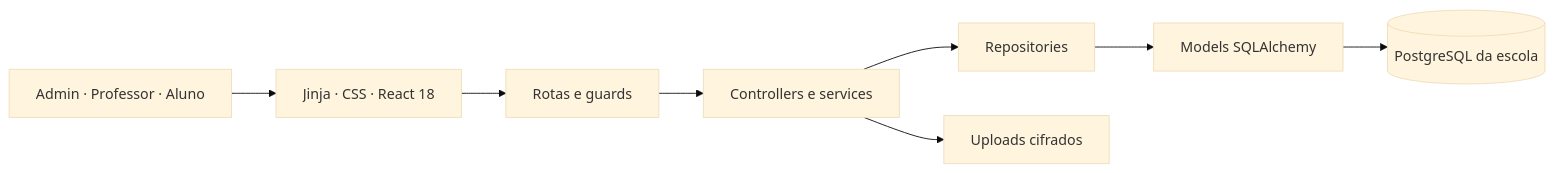
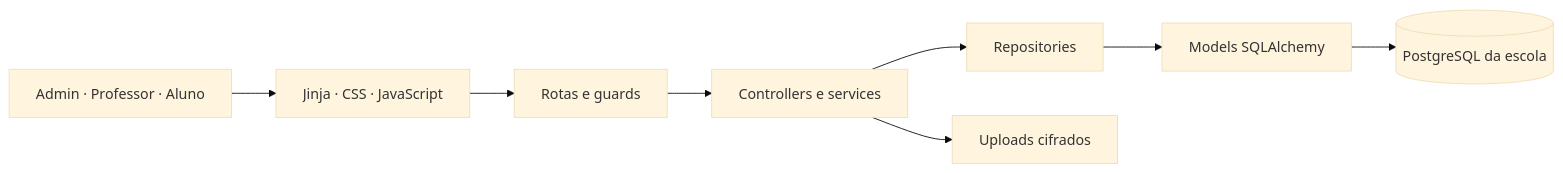
One commit to robertoqimin/edufast-2.0 changed the first of 2 diagrams in README.md. Above: the diagram before and after it, drawn with Mermaid (base theme). The commit also changed other lines of this file and 30 other files, not shown here.

````diff
--- a/README.md
+++ b/README.md
@@ -70,10 +70,10 @@
 ```mermaid
 flowchart LR
-    U[Admin · Professor · Aluno] --> UI[Jinja · CSS · React 18]
+    U[Admin · Professor · Aluno] --> UI[Jinja · CSS · JavaScript]
     UI --> R[Rotas e guards]
     R --> S[Controllers e services]
     S --> Rep[Repositories]
     Rep --> M[Models SQLAlchemy]
     M --> DB[(PostgreSQL da escola)]
     S --> F[Uploads cifrados]
 ```
````
